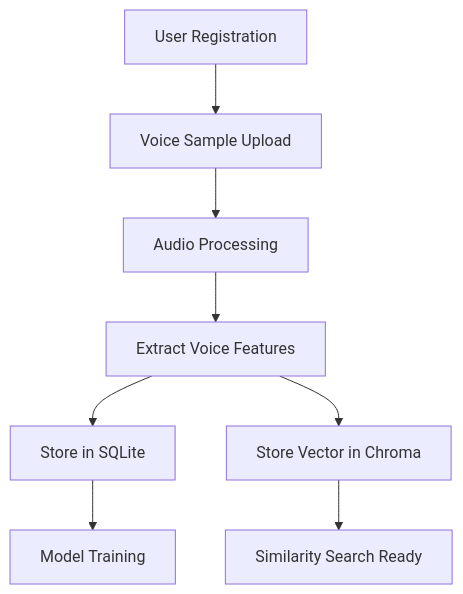
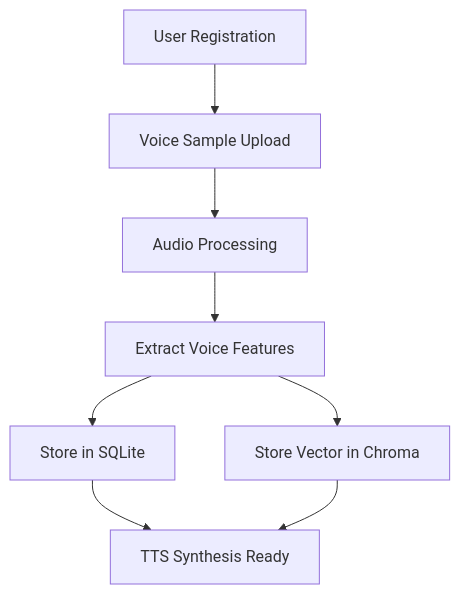
Before and after one commit to Montagy-AI/Voxify: the first of 2 diagrams in backend/DataBaseDoc.md, drawn with Mermaid. The commit also changed other lines of this file and 6 other files, not shown here.

````diff
--- a/backend/DataBaseDoc.md
+++ b/backend/DataBaseDoc.md
@@ -163,10 +136,10 @@
 ```mermaid
 graph TD
     A[User Registration] --> B[Voice Sample Upload]
     B --> C[Audio Processing]
     C --> D[Extract Voice Features]
     D --> E[Store in SQLite]
     D --> F[Store Vector in Chroma]
-    E --> G[Model Training]
-    F --> H[Similarity Search Ready]
+    E --> G[TTS Synthesis Ready]
+    F --> G
 ```
````
